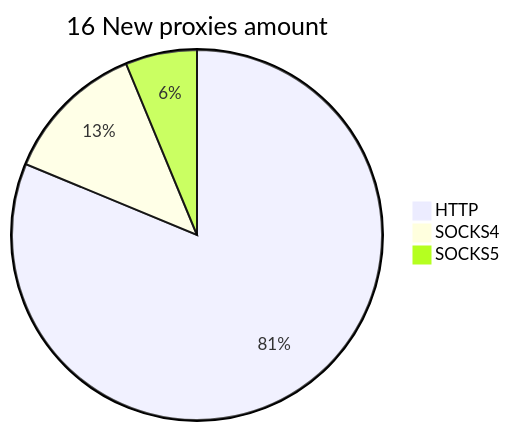
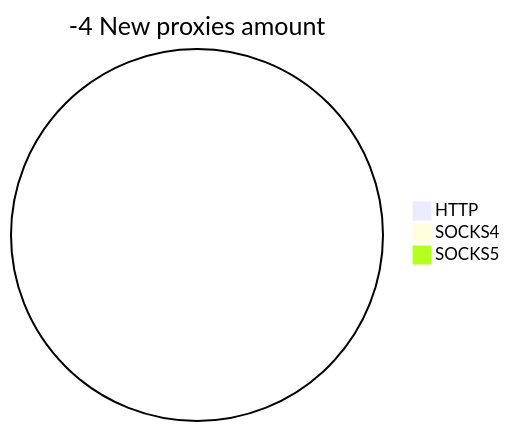
Before and after one commit to cutipu/proxylist: the second of 2 diagrams in README.md, drawn with Mermaid. The commit also changed other lines of this file, not shown here.

````diff
--- a/README.md
+++ b/README.md
@@ -10,6 +10,6 @@
 ```mermaid
-pie title 16 New proxies amount
-    "HTTP" : 13
-    "SOCKS4" : 2
-    "SOCKS5" : 1
+pie title -4 New proxies amount
+    "HTTP" : 0
+    "SOCKS4" : 0
+    "SOCKS5" : 0
 ```
````
